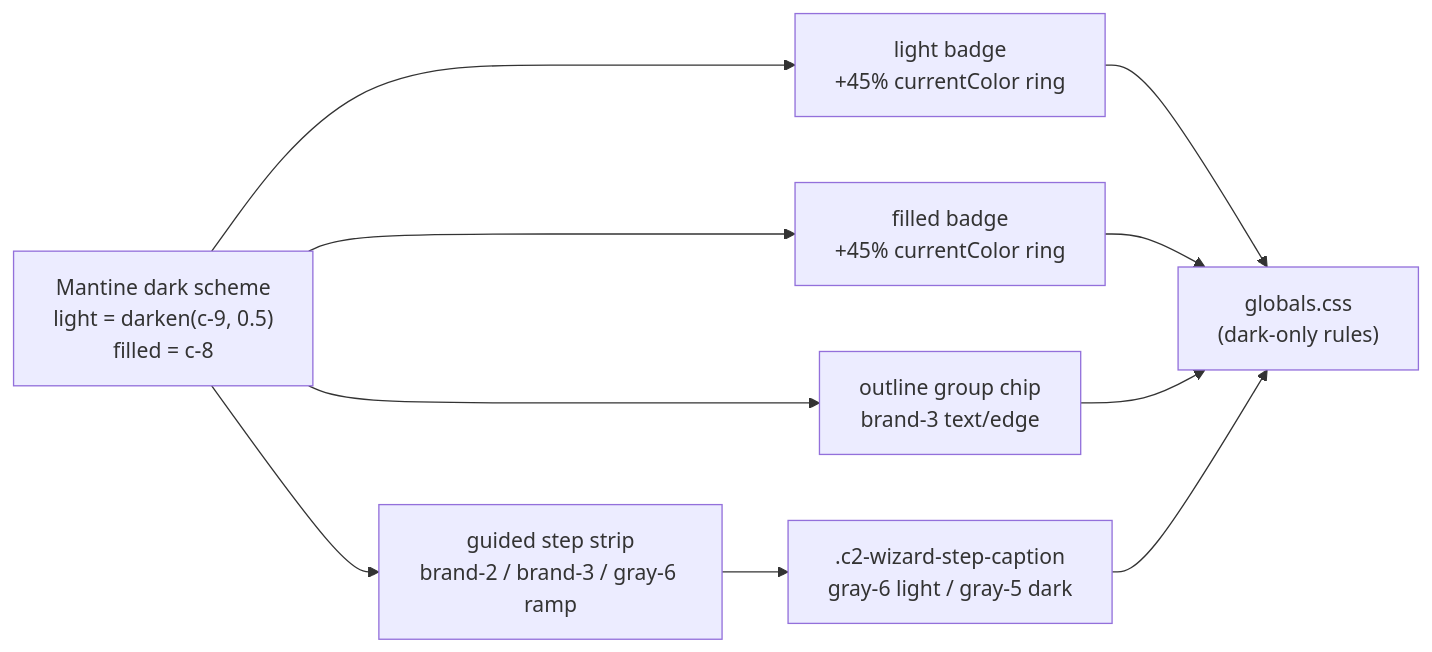
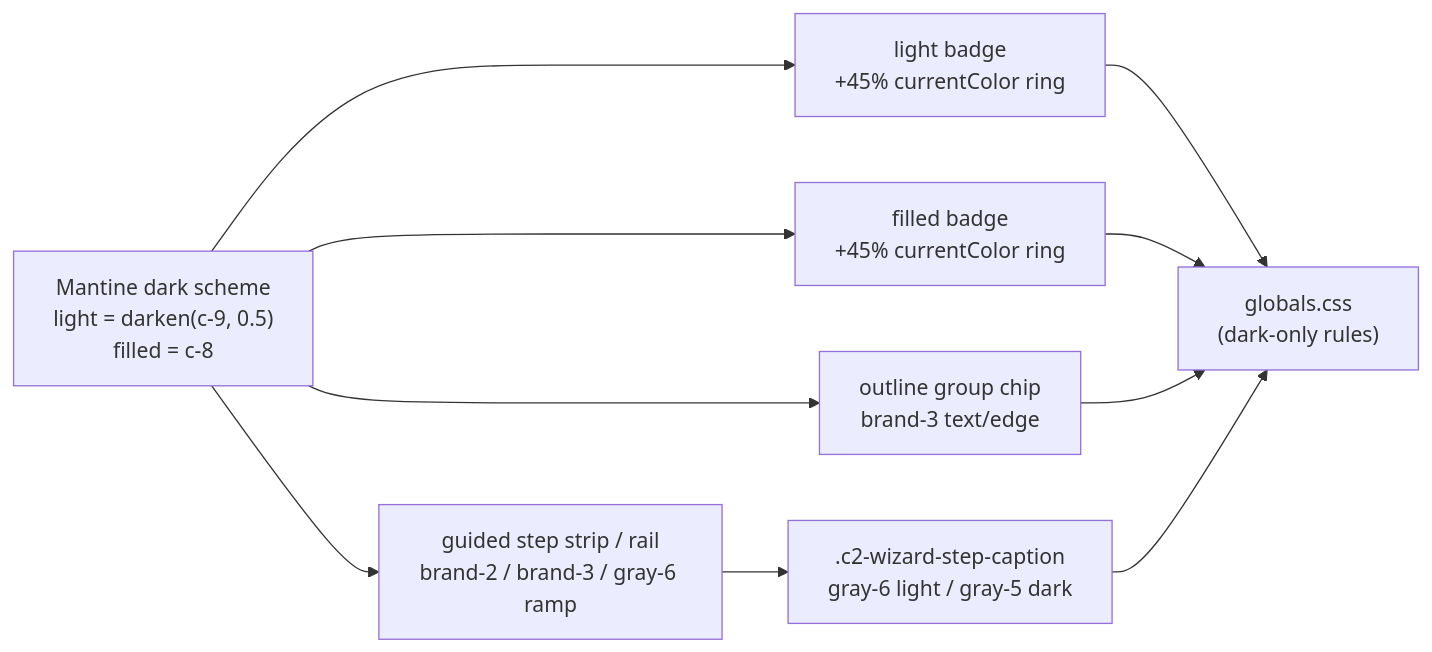
Before and after one commit to oncloudnintynineone-source/cloudy2: the second of 2 diagrams in docs/accessibility.md, drawn with Mermaid. The commit also changed other lines of this file and 15 other files, not shown here.

Commit message:
Raise modal height caps and add a vertical wizard step rail at >=800px

````diff
--- a/docs/accessibility.md
+++ b/docs/accessibility.md
@@ -200,12 +205,12 @@
 ```mermaid
 flowchart LR
  B["Mantine dark scheme<br/>light = darken(c-9, 0.5)<br/>filled = c-8"] --> LB["light badge<br/>+45% currentColor ring"]
  B --> FB["filled badge<br/>+45% currentColor ring"]
  B --> OT["outline group chip<br/>brand-3 text/edge"]
- B --> ST["guided step strip<br/>brand-2 / brand-3 / gray-6 ramp"]
+ B --> ST["guided step strip / rail<br/>brand-2 / brand-3 / gray-6 ramp"]
  ST --> CAP[".c2-wizard-step-caption<br/>gray-6 light / gray-5 dark"]
  LB --> CSS["globals.css<br/>(dark-only rules)"]
  FB --> CSS
  OT --> CSS
  CAP --> CSS
 ```
````
